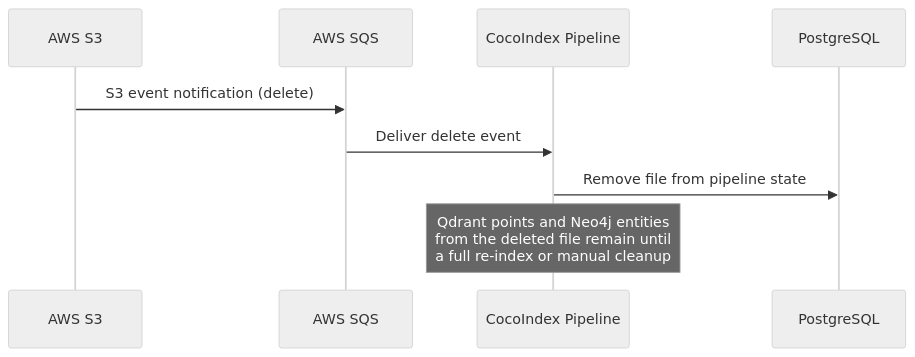
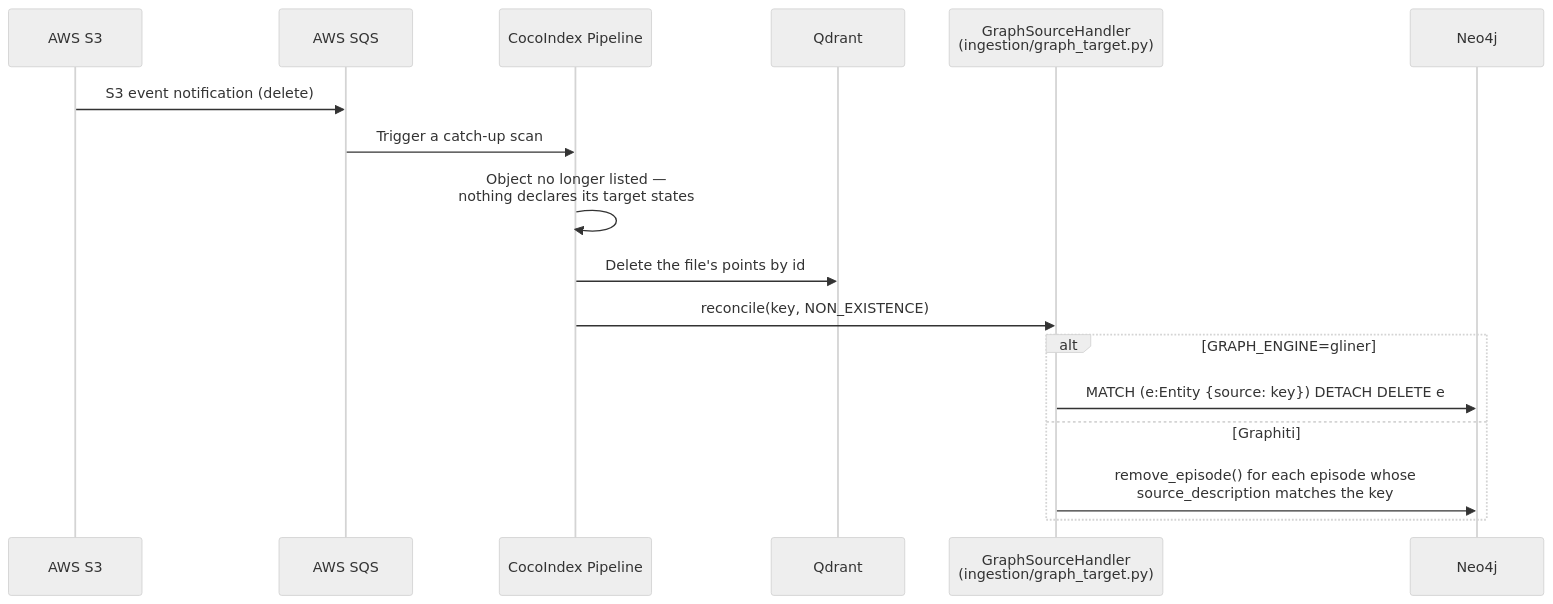
One commit to dollro/spektr changed the fourth of 4 diagrams in docs/architecture/data-flow.md. Above: the diagram before and after it, drawn with Mermaid (neutral theme). The commit also changed other lines of this file and 23 other files, not shown here.

````diff
--- a/docs/architecture/data-flow.md
+++ b/docs/architecture/data-flow.md
@@ -247,12 +249,20 @@
 ```mermaid
 sequenceDiagram
     participant S3 as AWS S3
     participant SQS as AWS SQS
     participant Coco as CocoIndex Pipeline
-    participant PG as PostgreSQL
+    participant QD as Qdrant
+    participant GT as GraphSourceHandler<br/>(ingestion/graph_target.py)
+    participant Neo4j as Neo4j
 
     S3->>SQS: S3 event notification (delete)
-    SQS->>Coco: Deliver delete event
-    Coco->>PG: Remove file from pipeline state
-    Note over Coco: Qdrant points and Neo4j entities<br/>from the deleted file remain until<br/>a full re-index or manual cleanup
+    SQS->>Coco: Trigger a catch-up scan
+    Coco->>Coco: Object no longer listed —<br/>nothing declares its target states
+    Coco->>QD: Delete the file's points by id
+    Coco->>GT: reconcile(key, NON_EXISTENCE)
+    alt GRAPH_ENGINE=gliner
+        GT->>Neo4j: MATCH (e:Entity {source: key}) DETACH DELETE e
+    else Graphiti
+        GT->>Neo4j: remove_episode() for each episode whose<br/>source_description matches the key
+    end
 ```
````
